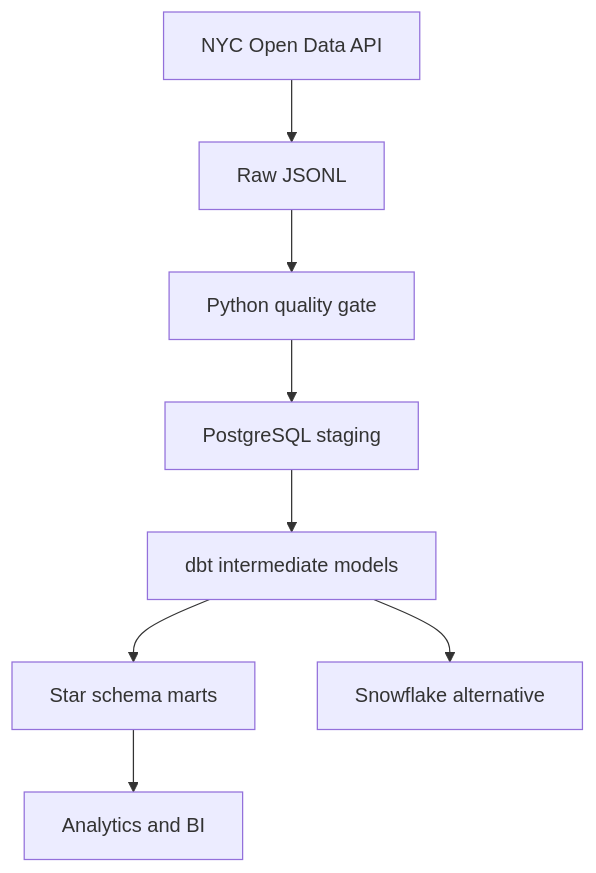
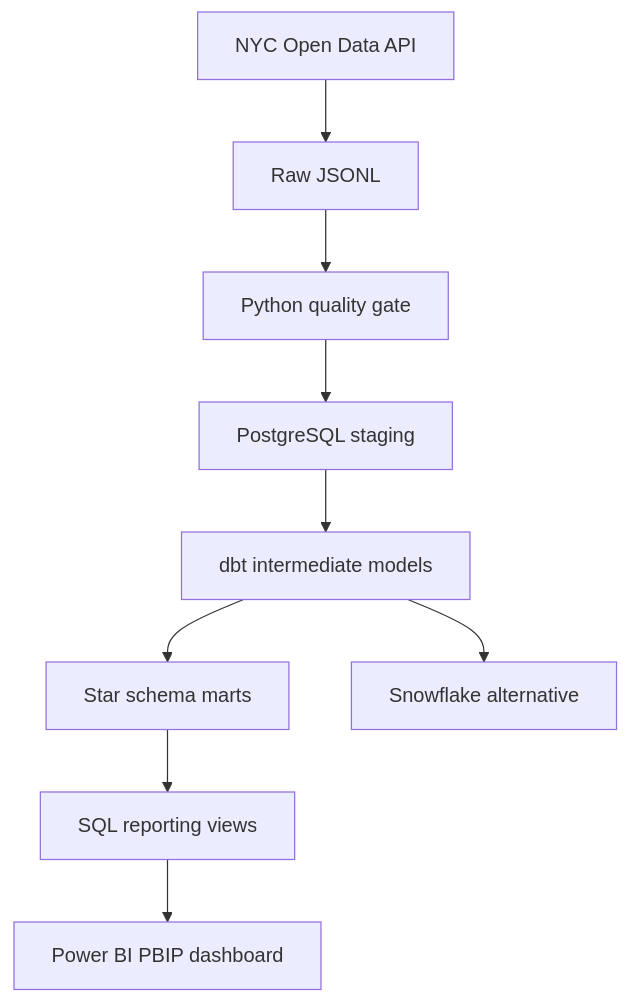
Before and after one commit to Kozmoz1995/motor-claims-analytics-warehouse: the first of 2 diagrams in README.md, drawn with Mermaid. The commit also changed other lines of this file and 82 other files, not shown here.

Commit message:
Add SQL claims intelligence Power BI dashboard

````diff
--- a/README.md
+++ b/README.md
@@ -29,10 +31,11 @@
 ```mermaid
 flowchart TD
     A[NYC Open Data API] --> B[Raw JSONL]
     B --> C[Python quality gate]
     C --> D[PostgreSQL staging]
     D --> E[dbt intermediate models]
     E --> F[Star schema marts]
     E --> G[Snowflake alternative]
-    F --> H[Analytics and BI]
+    F --> H[SQL reporting views]
+    H --> I[Power BI PBIP dashboard]
 ```
````
